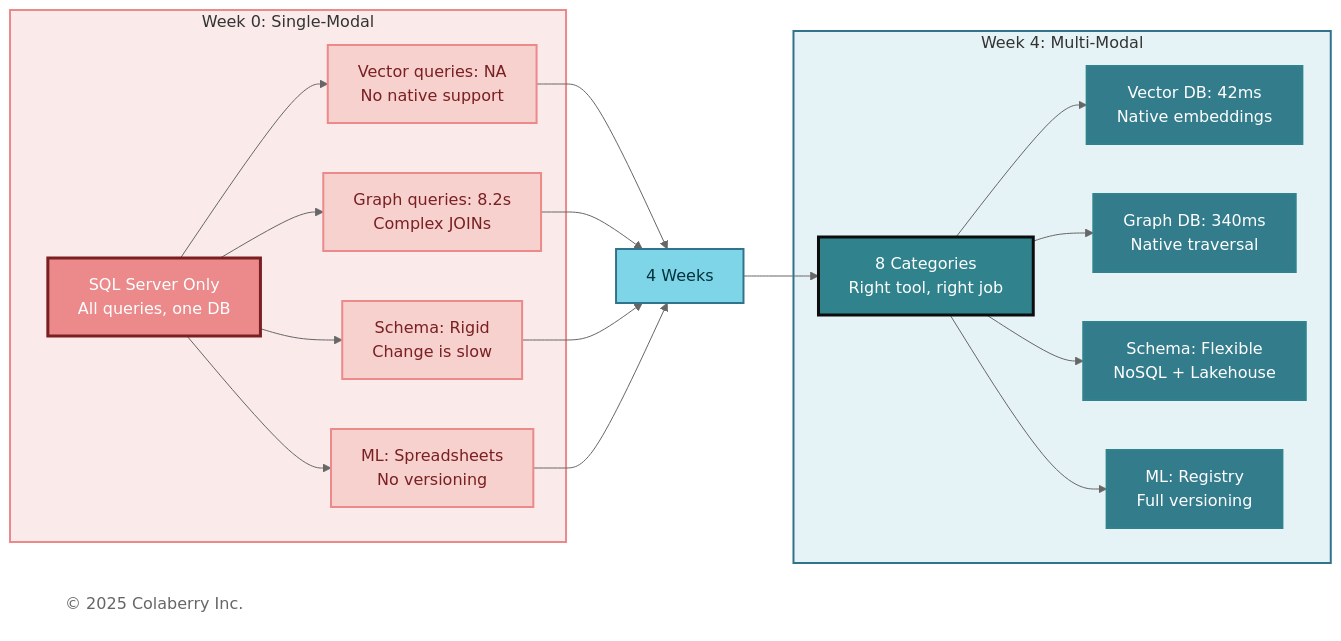
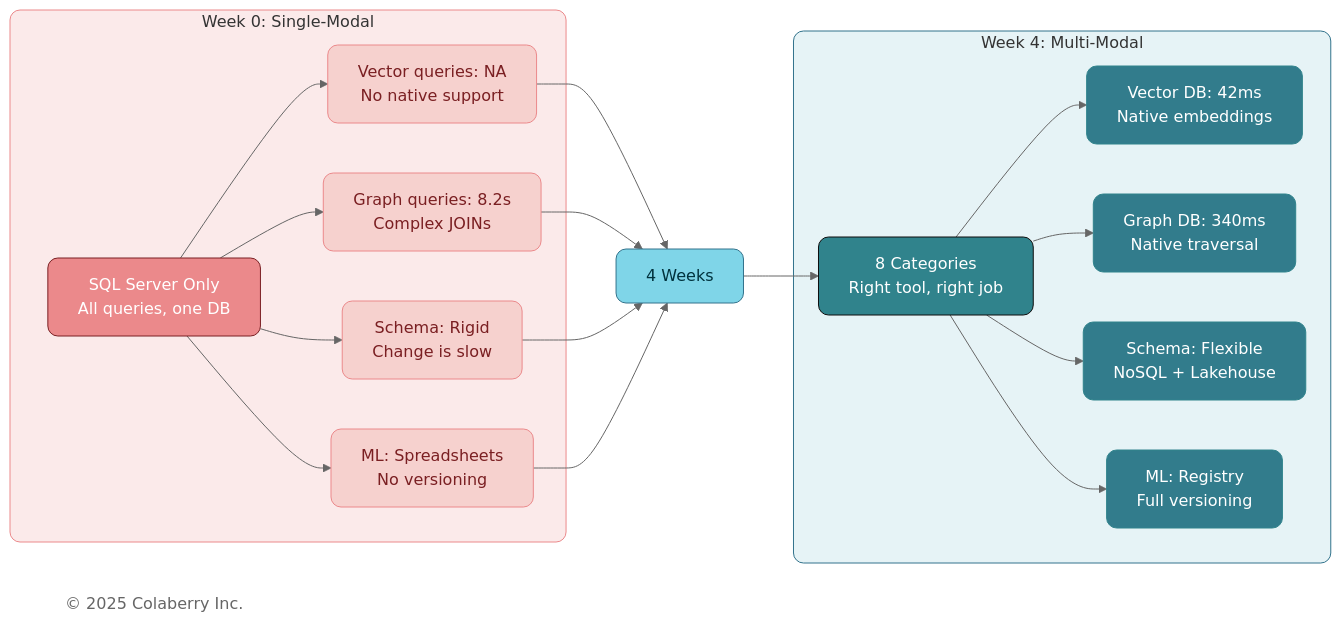
One commit to colaberry/trust-before-intelligence-book changed the sixth of 11 diagrams in manuscript/05_chapter_4_foundation_layers.md. Above: the diagram before and after it, drawn with Mermaid (neutral theme). The commit also changed other lines of this file and 12 other files, not shown here.

````diff
--- a/manuscript/05_chapter_4_foundation_layers.md
+++ b/manuscript/05_chapter_4_foundation_layers.md
@@ -658,53 +658,53 @@
 ```mermaid
 
 graph LR
     subgraph BEFORE["Week 0: Single-Modal"]
         OLD["SQL Server Only<br/>All queries, one DB"]
         P1["Vector queries: NA<br/>No native support"]
         P2["Graph queries: 8.2s<br/>Complex JOINs"]
         P3["Schema: Rigid<br/>Change is slow"]
         P4["ML: Spreadsheets<br/>No versioning"]
     end
     
     TRANSFORM["4 Weeks"]
     
     subgraph AFTER["Week 4: Multi-Modal"]
         NEW["8 Categories<br/>Right tool, right job"]
         S1["Vector DB: 42ms<br/>Native embeddings"]
         S2["Graph DB: 340ms<br/>Native traversal"]
         S3["Schema: Flexible<br/>NoSQL + Lakehouse"]
         S4["ML: Registry<br/>Full versioning"]
     end
     
     Copyright["© 2025 Colaberry Inc."]
 
     OLD --> P1
     OLD --> P2
     OLD --> P3
     OLD --> P4
     P1 --> TRANSFORM
     P2 --> TRANSFORM
     P3 --> TRANSFORM
     P4 --> TRANSFORM
     TRANSFORM --> NEW
     NEW --> S1
     NEW --> S2
     NEW --> S3
     NEW --> S4
 
-    style BEFORE fill:#FBEAEA,stroke:#EB898B,stroke-width:2px
-    style OLD fill:#EB898B,color:#ffffff,stroke:#7A1F22,stroke-width:3px
-    style P1 fill:#F6D1CE,stroke:#EB898B,stroke-width:2px,color:#7A1F22
-    style P2 fill:#F6D1CE,stroke:#EB898B,stroke-width:2px,color:#7A1F22
-    style P3 fill:#F6D1CE,stroke:#EB898B,stroke-width:2px,color:#7A1F22
-    style P4 fill:#F6D1CE,stroke:#EB898B,stroke-width:2px,color:#7A1F22
-    style TRANSFORM fill:#7FD5E8,stroke:#32738C,stroke-width:2px,color:#00323D
-    style AFTER fill:#E6F3F6,stroke:#32738C,stroke-width:2px
-    style NEW fill:#30838C,color:#ffffff,stroke:#0D0D0D,stroke-width:3px
-    style S1 fill:#327C8C,stroke:#30838C,stroke-width:2px,color:#ffffff
-    style S2 fill:#327C8C,stroke:#30838C,stroke-width:2px,color:#ffffff
-    style S3 fill:#327C8C,stroke:#30838C,stroke-width:2px,color:#ffffff
-    style S4 fill:#327C8C,stroke:#30838C,stroke-width:2px,color:#ffffff
-    style Copyright fill:#ffffff,stroke:none,color:#666666
+    style BEFORE fill:#FBEAEA,stroke:#EB898B,stroke-width:1px,rx:10,ry:10
+    style OLD fill:#EB898B,color:#ffffff,stroke:#7A1F22,stroke-width:1px,rx:10,ry:10
+    style P1 fill:#F6D1CE,stroke:#EB898B,stroke-width:1px,color:#7A1F22,rx:10,ry:10
+    style P2 fill:#F6D1CE,stroke:#EB898B,stroke-width:1px,color:#7A1F22,rx:10,ry:10
+    style P3 fill:#F6D1CE,stroke:#EB898B,stroke-width:1px,color:#7A1F22,rx:10,ry:10
+    style P4 fill:#F6D1CE,stroke:#EB898B,stroke-width:1px,color:#7A1F22,rx:10,ry:10
+    style TRANSFORM fill:#7FD5E8,stroke:#32738C,stroke-width:1px,color:#00323D,rx:10,ry:10
+    style AFTER fill:#E6F3F6,stroke:#32738C,stroke-width:1px,rx:10,ry:10
+    style NEW fill:#30838C,color:#ffffff,stroke:#0D0D0D,stroke-width:1px,rx:10,ry:10
+    style S1 fill:#327C8C,stroke:#30838C,stroke-width:1px,color:#ffffff,rx:10,ry:10
+    style S2 fill:#327C8C,stroke:#30838C,stroke-width:1px,color:#ffffff,rx:10,ry:10
+    style S3 fill:#327C8C,stroke:#30838C,stroke-width:1px,color:#ffffff,rx:10,ry:10
+    style S4 fill:#327C8C,stroke:#30838C,stroke-width:1px,color:#ffffff,rx:10,ry:10
+    style Copyright fill:none,stroke:none,color:#666666
 
 ```
````
